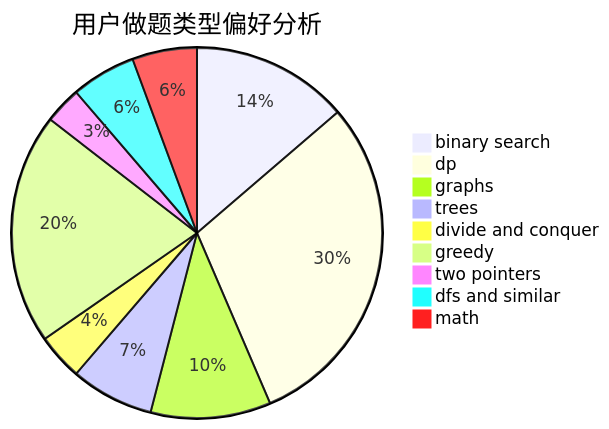
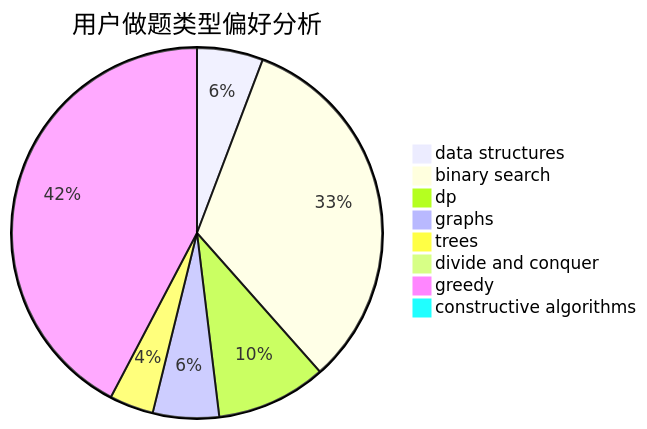
One commit to sherpahu/cfrs.github.io changed the second of 3 diagrams in docs/user/u456.md. Above: the diagram before and after it, drawn with Mermaid. The commit also changed other lines of this file and 2775 other files, not shown here.

````diff
--- a/docs/user/u456.md
+++ b/docs/user/u456.md
@@ -23,12 +23,11 @@
 ```mermaid
 pie title 用户做题类型偏好分析
+    "data structures" :  3
     "binary search" :  17
-    "dp" :  37
-    "graphs" :  13
-    "trees" :  9
-    "divide and conquer" :  5
-    "greedy" :  25
-    "two pointers" :  4
-    "dfs and similar" :  7
-    "math" :  7
+    "dp" :  5
+    "graphs" :  3
+    "trees" :  2
+    "divide and conquer" :  0
+    "greedy" :  22
+    "constructive algorithms" :  0
 ```
````
